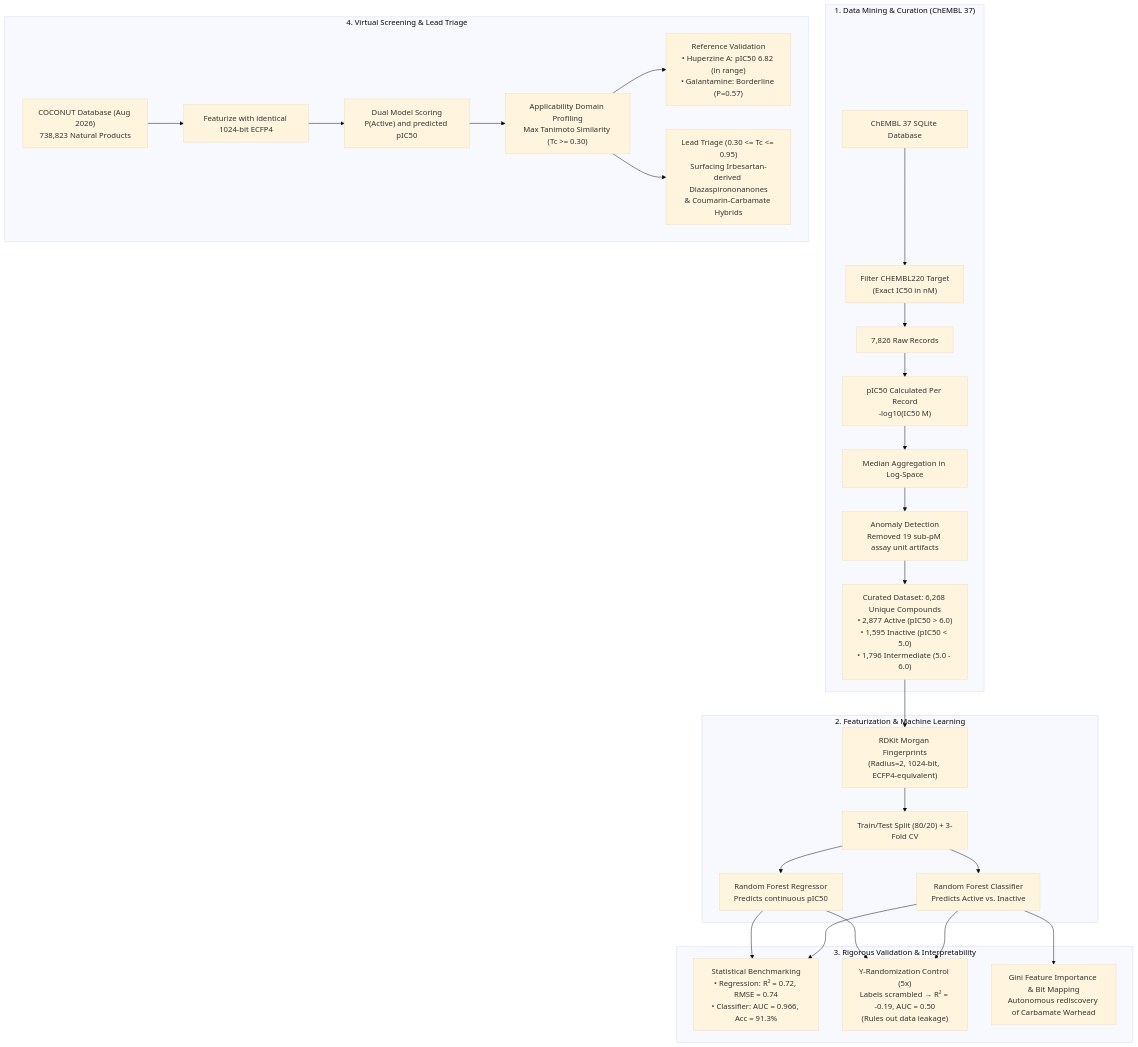
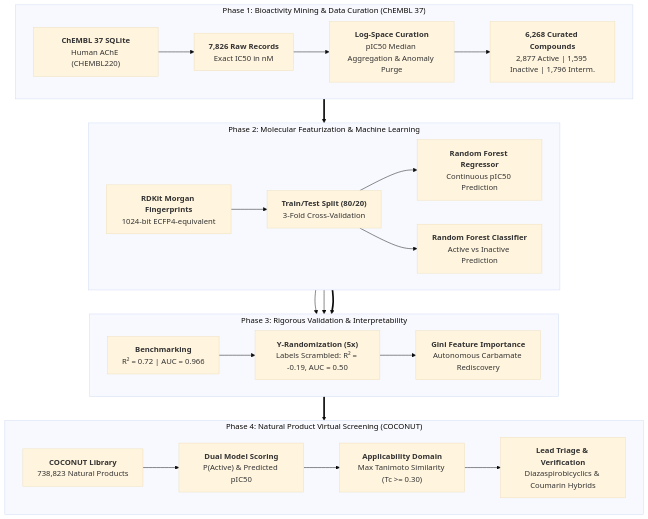
Before and after one commit to Soash/ache-inhibitor-virtual-screening: the first of 2 diagrams in README.md, drawn with Mermaid (base theme). The commit also changed other lines of this file, not shown here.

Commit message:
Adopt Structural Biology & Cheminformatics Template for AChE screening

````diff
--- a/README.md
+++ b/README.md
@@ -28,32 +73,25 @@
 ```mermaid
 flowchart TD
-    subgraph Data["1. Data Mining & Curation (ChEMBL 37)"]
-        A["ChEMBL 37 SQLite Database"] --> B["Filter CHEMBL220 Target\n(Exact IC50 in nM)"]
-        B --> C["7,826 Raw Records"]
-        C --> D["pIC50 Calculated Per Record\n-log10(IC50 M)"]
-        D --> E["Median Aggregation in Log-Space"]
-        E --> F["Anomaly Detection\nRemoved 19 sub-pM assay unit artifacts"]
-        F --> G["Curated Dataset: 6,268 Unique Compounds\n• 2,877 Active (pIC50 > 6.0)\n• 1,595 Inactive (pIC50 < 5.0)\n• 1,796 Intermediate (5.0 - 6.0)"]
+    subgraph Data["Phase 1: Bioactivity Mining & Data Curation (ChEMBL 37)"]
+        direction LR
+        A["<b>ChEMBL 37 SQLite</b><br/>Human AChE (CHEMBL220)"] --> B["<b>7,826 Raw Records</b><br/>Exact IC50 in nM"] --> C["<b>Log-Space Curation</b><br/>pIC50 Median Aggregation & Anomaly Purge"] --> D["<b>6,268 Curated Compounds</b><br/>2,877 Active | 1,595 Inactive | 1,796 Interm."]
     end
 
-    subgraph Featurization["2. Featurization & Machine Learning"]
-        G --> H["RDKit Morgan Fingerprints\n(Radius=2, 1024-bit, ECFP4-equivalent)"]
-        H --> I["Train/Test Split (80/20) + 3-Fold CV"]
-        I --> J1["Random Forest Regressor\nPredicts continuous pIC50"]
-        I --> J2["Random Forest Classifier\nPredicts Active vs. Inactive"]
+    subgraph Featurization["Phase 2: Molecular Featurization & Machine Learning"]
+        direction LR
+        E["<b>RDKit Morgan Fingerprints</b><br/>1024-bit ECFP4-equivalent"] --> F["<b>Train/Test Split (80/20)</b><br/>3-Fold Cross-Validation"] --> G1["<b>Random Forest Regressor</b><br/>Continuous pIC50 Prediction"]
+        F --> G2["<b>Random Forest Classifier</b><br/>Active vs Inactive Prediction"]
     end
 
-    subgraph Validation["3. Rigorous Validation & Interpretability"]
-        J1 & J2 --> K["Statistical Benchmarking\n• Regression: R² = 0.72, RMSE = 0.74\n• Classifier: AUC = 0.966, Acc = 91.3%"]
-        J1 & J2 --> L["Y-Randomization Control (5x)\nLabels scrambled → R² = -0.19, AUC = 0.50\n(Rules out data leakage)"]
-        J2 --> M["Gini Feature Importance & Bit Mapping\nAutonomous rediscovery of Carbamate Warhead"]
+    subgraph Validation["Phase 3: Rigorous Validation & Interpretability"]
+        direction LR
+        G1 & G2 --> H["<b>Benchmarking</b><br/>R² = 0.72 | AUC = 0.966"] --> I["<b>Y-Randomization (5x)</b><br/>Labels Scrambled: R² = -0.19, AUC = 0.50"] --> J["<b>Gini Feature Importance</b><br/>Autonomous Carbamate Rediscovery"]
     end
 
-    subgraph Screening["4. Virtual Screening & Lead Triage"]
-        N["COCONUT Database (Aug 2026)\n738,823 Natural Products"] --> O["Featurize with identical 1024-bit ECFP4"]
-        O --> P["Dual Model Scoring\nP(Active) and predicted pIC50"]
-        P --> Q["Applicability Domain Profiling\nMax Tanimoto Similarity (Tc >= 0.30)"]
-        Q --> R["Reference Validation\n• Huperzine A: pIC50 6.82 (in range)\n• Galantamine: Borderline (P=0.57)"]
-        Q --> S["Lead Triage (0.30 <= Tc <= 0.95)\nSurfacing Irbesartan-derived Diazaspirononanones\n& Coumarin-Carbamate Hybrids"]
+    subgraph Screening["Phase 4: Natural Product Virtual Screening (COCONUT)"]
+        direction LR
+        K["<b>COCONUT Library</b><br/>738,823 Natural Products"] --> L["<b>Dual Model Scoring</b><br/>P(Active) & Predicted pIC50"] --> M["<b>Applicability Domain</b><br/>Max Tanimoto Similarity (Tc >= 0.30)"] --> N["<b>Lead Triage & Verification</b><br/>Diazaspirobicyclics & Coumarin Hybrids"]
     end
+
+    Data ==> Featurization ==> Validation ==> Screening
 ```
````
